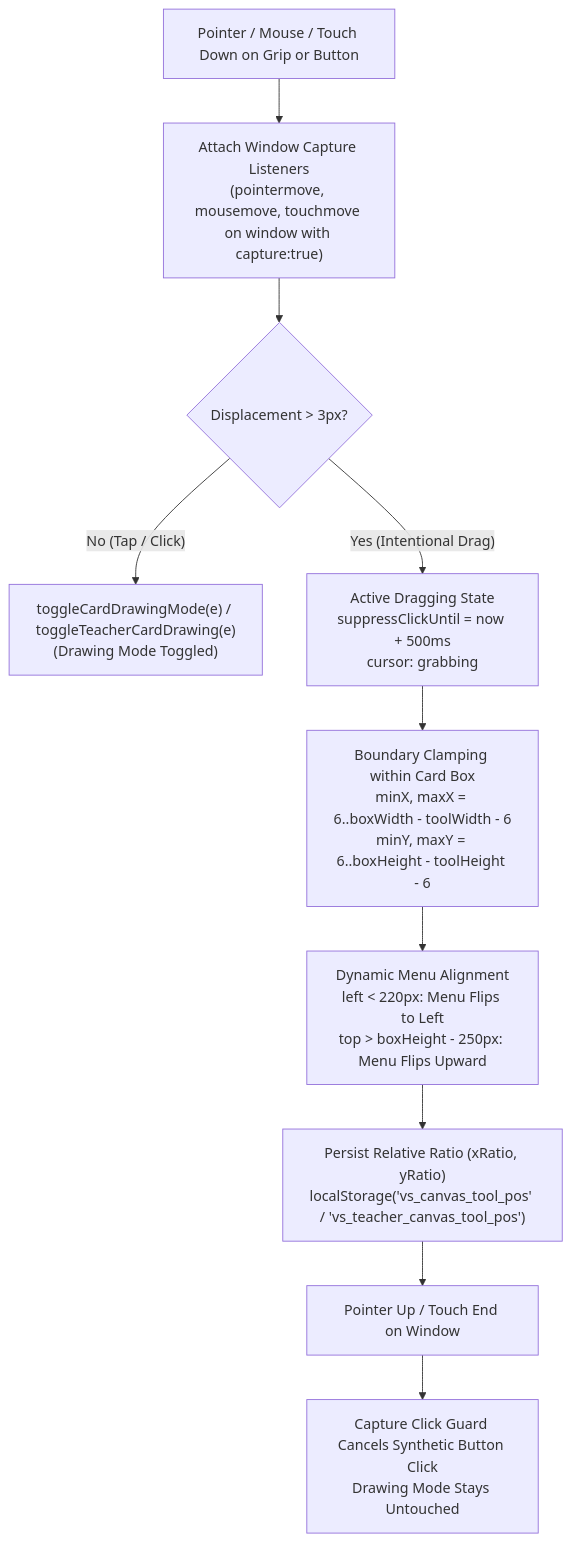
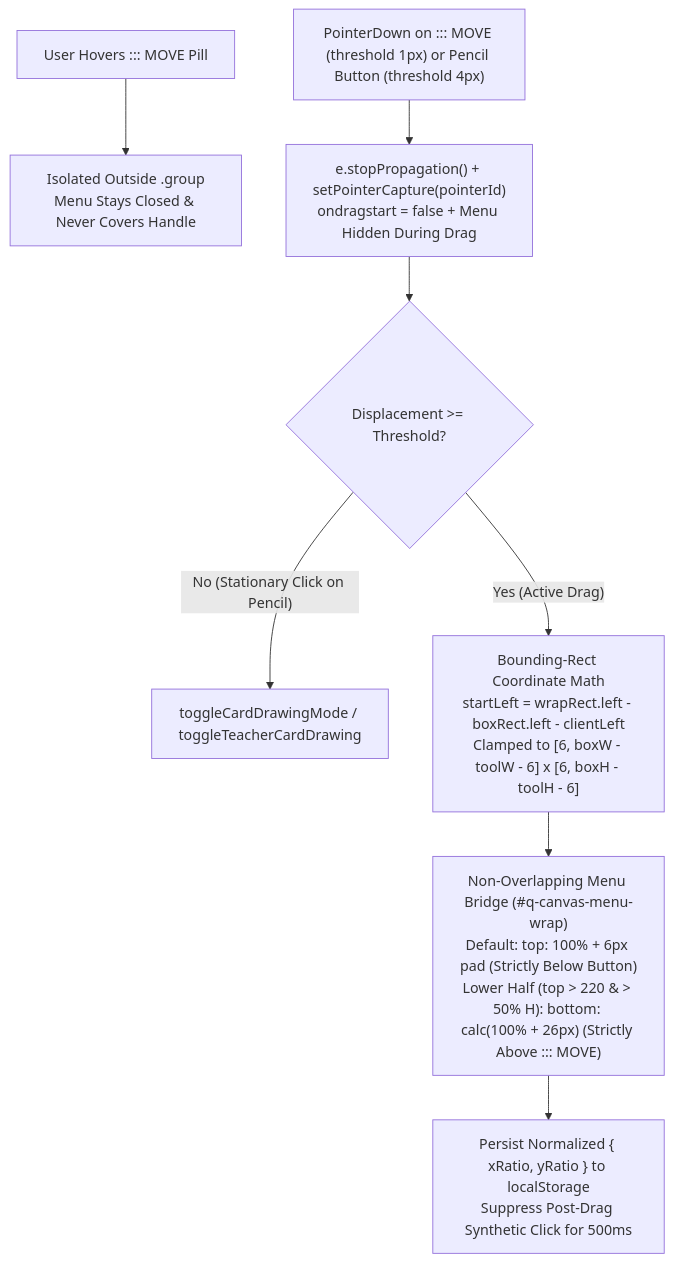
One commit to fahad87-tech/APPC-M changed the ninth of 9 diagrams in VectorSelect by Mr. F/implementation.md. Above: the diagram before and after it, drawn with Mermaid. The commit also changed other lines of this file and 3 other files, not shown here.

Commit message:
fix: prevent popout menu from intercepting pencil drag handle and add corner snap shortcuts

````diff
--- a/VectorSelect by Mr. F/implementation.md
+++ b/VectorSelect by Mr. F/implementation.md
@@ -2071,12 +2080,10 @@
 ```mermaid
 flowchart TD
-    User["Pointer / Mouse / Touch Down on Grip or Button"] --> WindowListeners["Attach Window Capture Listeners<br/>(pointermove, mousemove, touchmove on window with capture:true)"]
-    WindowListeners --> Threshold{"Displacement > 3px?"}
-    Threshold -- "No (Tap / Click)" --> ClickHandler["toggleCardDrawingMode(e) / toggleTeacherCardDrawing(e)<br/>(Drawing Mode Toggled)"]
-    Threshold -- "Yes (Intentional Drag)" --> Dragging["Active Dragging State<br/>suppressClickUntil = now + 500ms<br/>cursor: grabbing"]
-    Dragging --> Clamp["Boundary Clamping within Card Box<br/>minX, maxX = 6..boxWidth - toolWidth - 6<br/>minY, maxY = 6..boxHeight - toolHeight - 6"]
-    Clamp --> SmartMenu["Dynamic Menu Alignment<br/>left < 220px: Menu Flips to Left<br/>top > boxHeight - 250px: Menu Flips Upward"]
-    SmartMenu --> StoreRatio["Persist Relative Ratio (xRatio, yRatio)<br/>localStorage('vs_canvas_tool_pos' / 'vs_teacher_canvas_tool_pos')"]
-    StoreRatio --> PointerUp["Pointer Up / Touch End on Window"]
-    PointerUp --> ClickGuard["Capture Click Guard Cancels Synthetic Button Click<br/>Drawing Mode Stays Untouched"]
+    Hover["User Hovers ::: MOVE Pill"] --> NoMenu["Isolated Outside .group<br/>Menu Stays Closed & Never Covers Handle"]
+    Down["PointerDown on ::: MOVE (threshold 1px) or Pencil Button (threshold 4px)"] --> Capture["e.stopPropagation() + setPointerCapture(pointerId)<br/>ondragstart = false + Menu Hidden During Drag"]
+    Capture --> Threshold{"Displacement >= Threshold?"}
+    Threshold -- "No (Stationary Click on Pencil)" --> ClickHandler["toggleCardDrawingMode / toggleTeacherCardDrawing"]
+    Threshold -- "Yes (Active Drag)" --> RectMath["Bounding-Rect Coordinate Math<br/>startLeft = wrapRect.left - boxRect.left - clientLeft<br/>Clamped to [6, boxW - toolW - 6] x [6, boxH - toolH - 6]"]
+    RectMath --> SmartMenu["Non-Overlapping Menu Bridge (#q-canvas-menu-wrap)<br/>Default: top: 100% + 6px pad (Strictly Below Button)<br/>Lower Half (top > 220 & > 50% H): bottom: calc(100% + 26px) (Strictly Above ::: MOVE)"]
+    SmartMenu --> Persist["Persist Normalized { xRatio, yRatio } to localStorage<br/>Suppress Post-Drag Synthetic Click for 500ms"]
 ```
````
